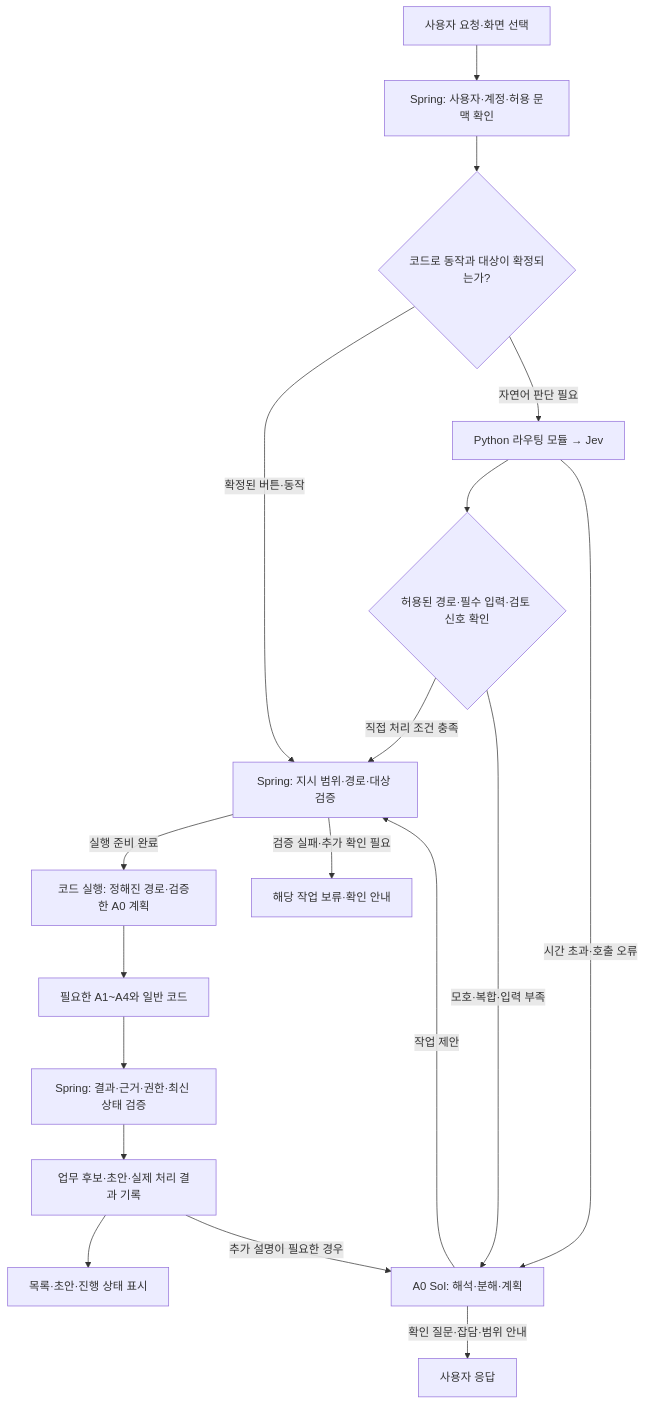
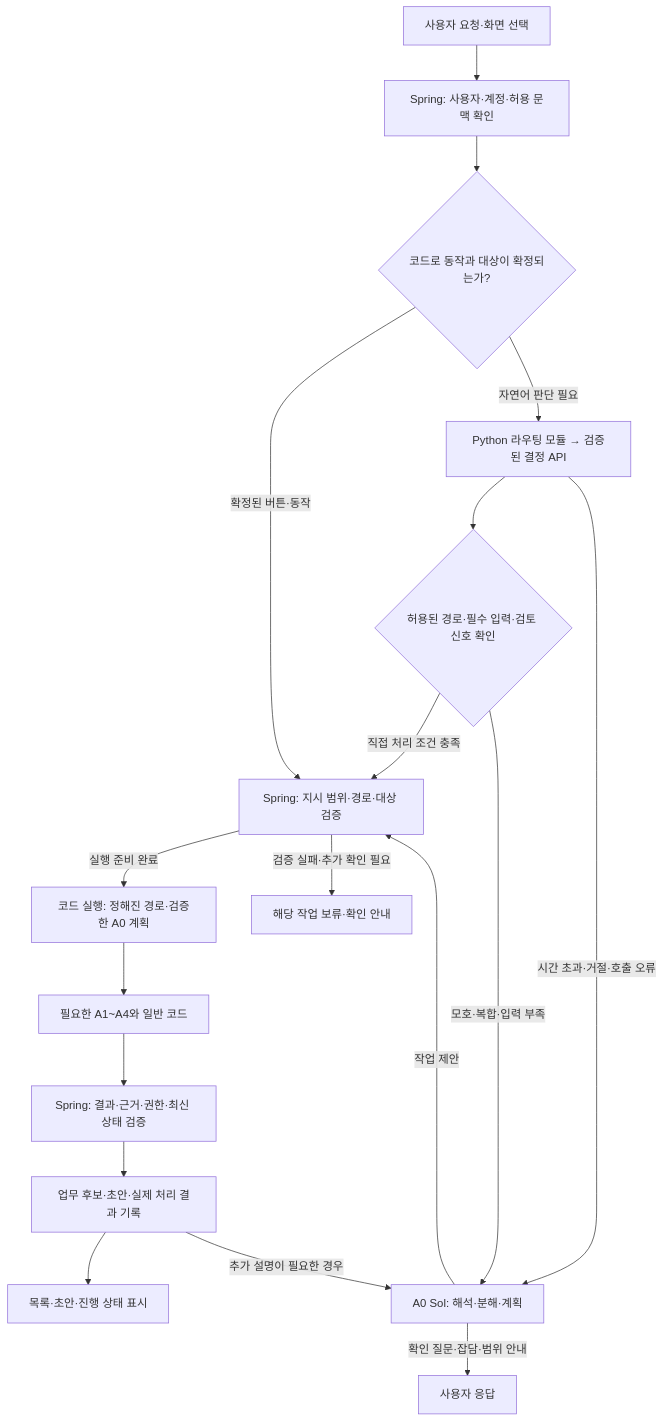
One commit to hanmogo/Uteum-Mail changed the first of 2 diagrams in docs/12-에이전트+결정모델-세부-구조-v1.0.md. Above: the diagram before and after it, drawn with Mermaid. The commit also changed other lines of this file and 10 other files, not shown here.

````diff
--- a/docs/12-에이전트+결정모델-세부-구조-v1.0.md
+++ b/docs/12-에이전트+결정모델-세부-구조-v1.0.md
@@ -53,20 +59,20 @@
 ```mermaid
 flowchart TD
     USER["사용자 요청·화면 선택"] --> ENTRY["Spring: 사용자·계정·허용 문맥 확인"]
     ENTRY --> FIXED{"코드로 동작과 대상이 확정되는가?"}
     FIXED -->|확정된 버튼·동작| CHECK
-    FIXED -->|자연어 판단 필요| JEV["Python 라우팅 모듈 → Jev"]
-    JEV --> ROUTE{"허용된 경로·필수 입력·검토 신호 확인"}
-    JEV -->|시간 초과·호출 오류| A0["A0 Sol: 해석·분해·계획"]
+    FIXED -->|자연어 판단 필요| DECISION["Python 라우팅 모듈 → 검증된 결정 API"]
+    DECISION --> ROUTE{"허용된 경로·필수 입력·검토 신호 확인"}
+    DECISION -->|시간 초과·거절·호출 오류| A0["A0 Sol: 해석·분해·계획"]
     ROUTE -->|직접 처리 조건 충족| CHECK["Spring: 지시 범위·경로·대상 검증"]
     ROUTE -->|모호·복합·입력 부족| A0
     A0 -->|작업 제안| CHECK
     A0 -->|확인 질문·잡담·범위 안내| ANSWER["사용자 응답"]
     CHECK -->|실행 준비 완료| FLOW["코드 실행: 정해진 경로·검증한 A0 계획"]
     CHECK -->|검증 실패·추가 확인 필요| HOLD["해당 작업 보류·확인 안내"]
     FLOW --> AGENTS["필요한 A1~A4와 일반 코드"]
     AGENTS --> VALIDATE["Spring: 결과·근거·권한·최신 상태 검증"]
     VALIDATE --> RESULT["업무 후보·초안·실제 처리 결과 기록"]
     RESULT --> UI["목록·초안·진행 상태 표시"]
     RESULT -->|추가 설명이 필요한 경우| A0
 ```
````
